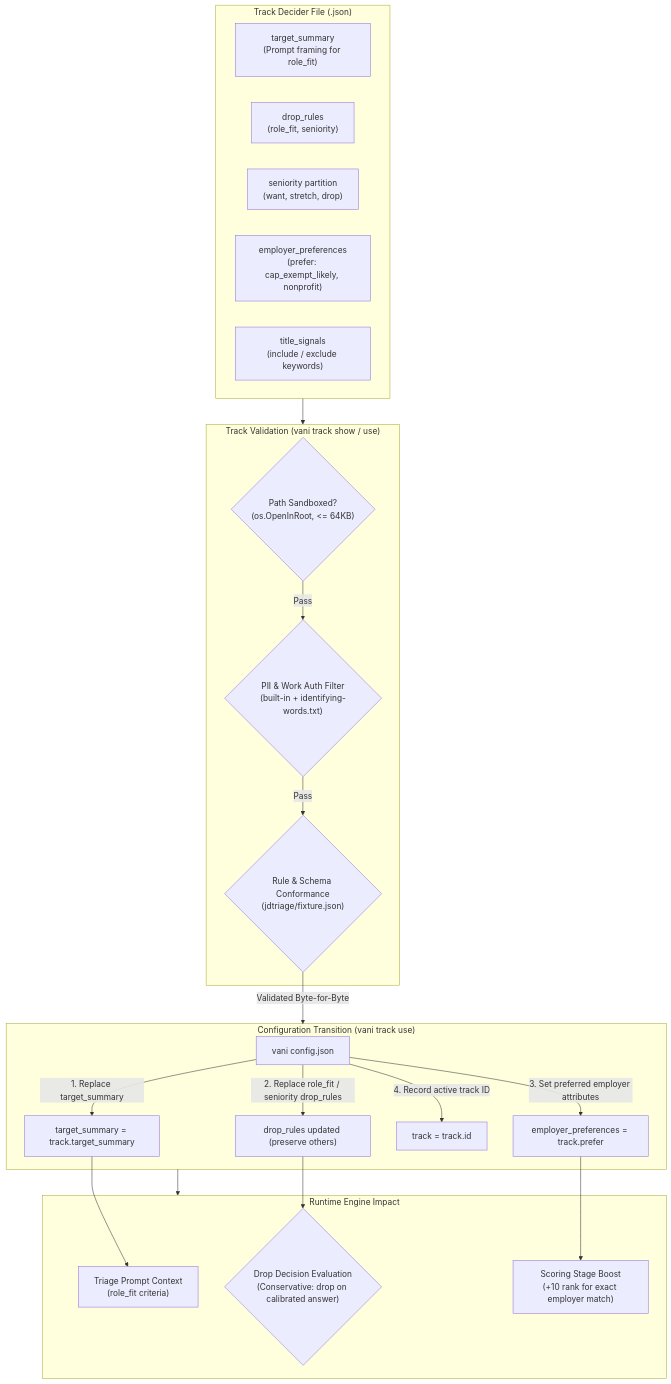
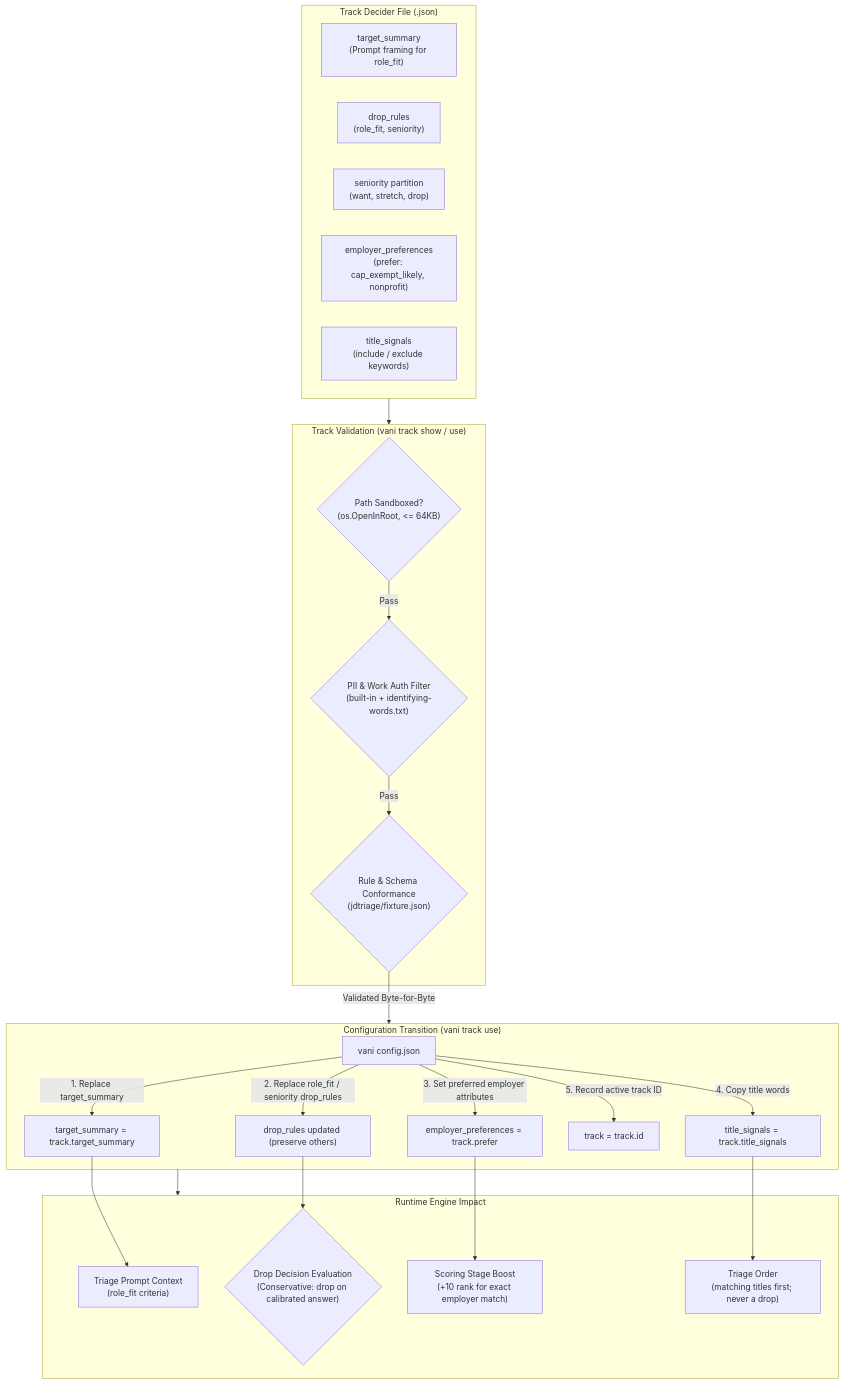
The diagram in docs/TRACKS.md (bharathvbcr/vani), drawn with Mermaid before and after one commit. The commit also changed other lines of this file and 8 other files, not shown here.

First line of the commit message:
config: title_signals order each run's triage

````diff
--- a/docs/TRACKS.md
+++ b/docs/TRACKS.md
@@ -14,37 +14,39 @@
 ```mermaid
 flowchart TD
     subgraph TrackFile["Track Decider File (<id>.json)"]
         TS["target_summary\n(Prompt framing for role_fit)"]
         DR["drop_rules\n(role_fit, seniority)"]
         SEN["seniority partition\n(want, stretch, drop)"]
         EP["employer_preferences\n(prefer: cap_exempt_likely, nonprofit)"]
         SIG["title_signals\n(include / exclude keywords)"]
     end
 
     subgraph Validation["Track Validation (vani track show / use)"]
         SANDBOX{"Path Sandboxed?\n(os.OpenInRoot, <= 64KB)"}
         SCRUB{"PII & Work Auth Filter\n(built-in + identifying-words.txt)"}
         FIXTURE{"Rule & Schema Conformance\n(jdtriage/fixture.json)"}
 
         SANDBOX -->|Pass| SCRUB
         SCRUB -->|Pass| FIXTURE
     end
 
     subgraph ConfigApply["Configuration Transition (vani track use)"]
         VANI_CFG["vani config.json"]
         VANI_CFG -->|1. Replace target_summary| NEW_TS["target_summary = track.target_summary"]
         VANI_CFG -->|2. Replace role_fit / seniority drop_rules| NEW_DR["drop_rules updated (preserve others)"]
         VANI_CFG -->|3. Set preferred employer attributes| NEW_EP["employer_preferences = track.prefer"]
-        VANI_CFG -->|4. Record active track ID| NEW_TR["track = track.id"]
+        VANI_CFG -->|4. Copy title words| NEW_SIG["title_signals = track.title_signals"]
+        VANI_CFG -->|5. Record active track ID| NEW_TR["track = track.id"]
     end
 
     subgraph PipelineEffect["Runtime Engine Impact"]
         NEW_TS --> TRIAGE_PROMPT["Triage Prompt Context\n(role_fit criteria)"]
         NEW_DR --> DROP_CHECK{"Drop Decision Evaluation\n(Conservative: drop on calibrated answer)"}
         NEW_EP --> RANK_BOOST["Scoring Stage Boost\n(+10 rank for exact employer match)"]
+        NEW_SIG --> TRIAGE_ORDER["Triage Order\n(matching titles first; never a drop)"]
     end
 
     TrackFile --> Validation
     FIXTURE -->|Validated Byte-for-Byte| ConfigApply
     ConfigApply --> PipelineEffect
 ```
````
